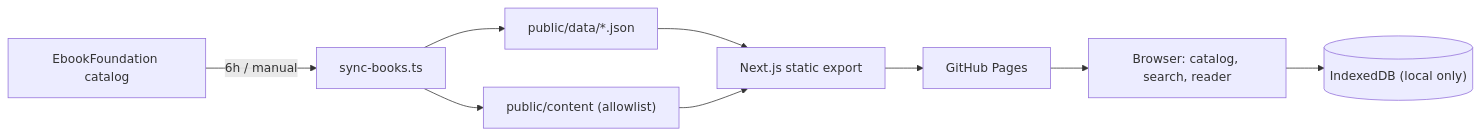
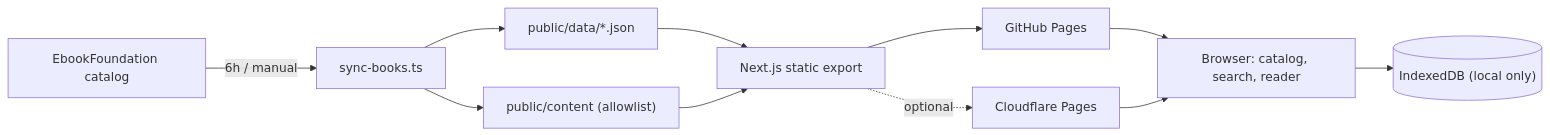
Before and after one commit to hungpt99-dev/DevShelf: the diagram in README.md, drawn with Mermaid. The commit also changed other lines of this file and 8 other files, not shown here.

````diff
--- a/README.md
+++ b/README.md
@@ -143,11 +144,13 @@
 ```mermaid
 flowchart LR
   A["EbookFoundation catalog"] -->|"6h / manual"| B["sync-books.ts"]
   B --> C["public/data/*.json"]
   B --> D["public/content (allowlist)"]
   C --> E["Next.js static export"]
   D --> E
   E --> F["GitHub Pages"]
+  E -.->|"optional"| I["Cloudflare Pages"]
   F --> G["Browser: catalog, search, reader"]
+  I --> G
   G --> H[("IndexedDB (local only)")]
 ```
````
